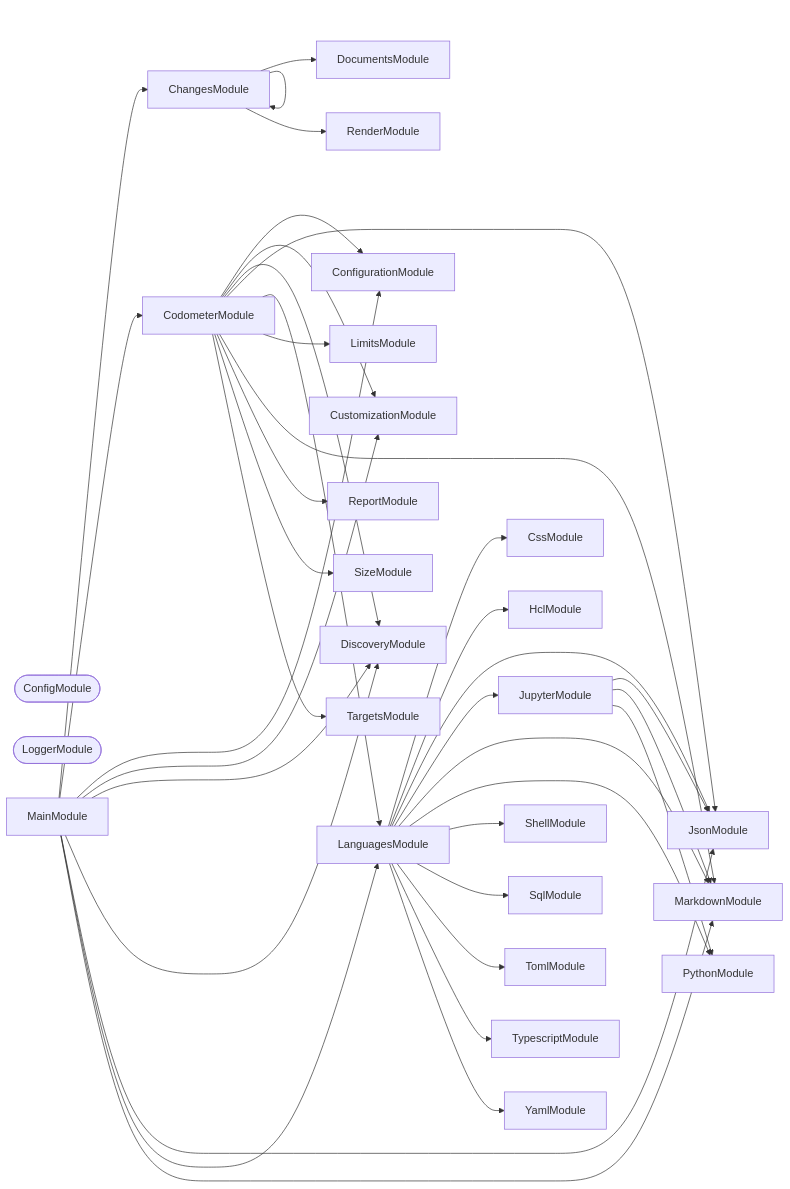
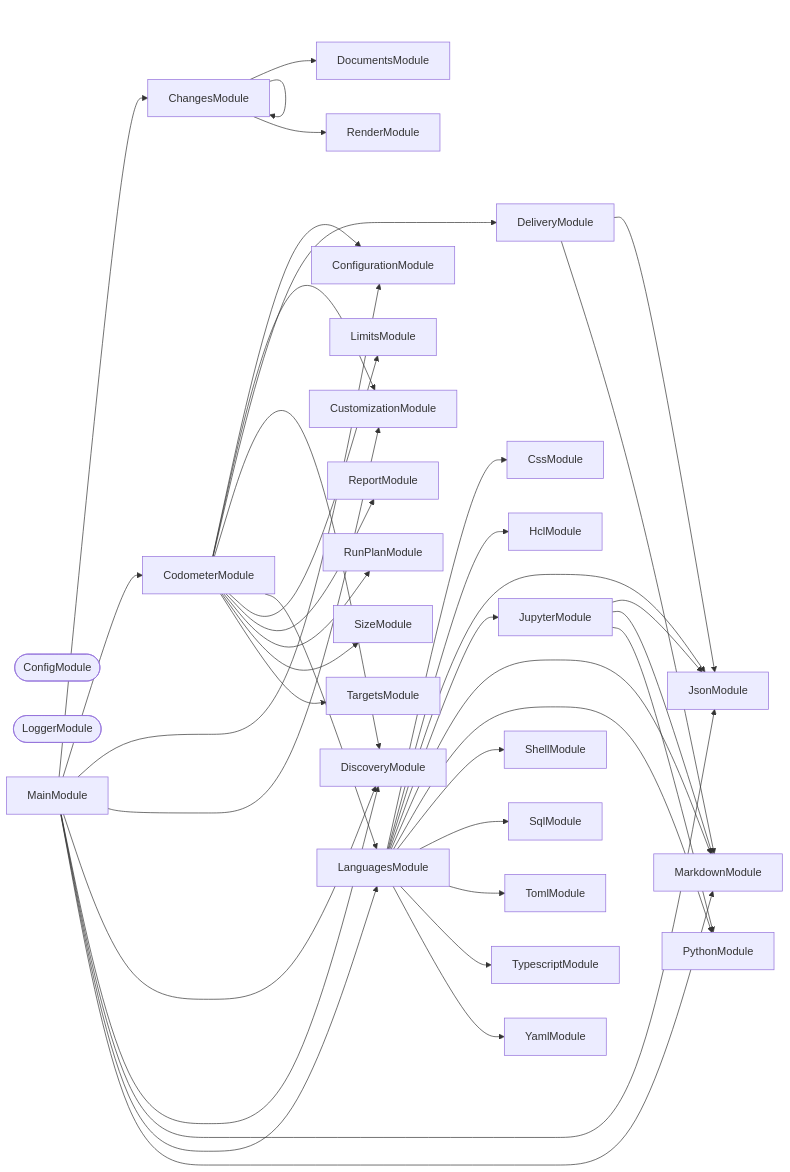
The second of 3 diagrams in packages/codometer-cli/README.md (JimmyPaolini/codebase), drawn with Mermaid before and after one commit. The commit also changed other lines of this file and 8 other files, not shown here.

````diff
--- a/packages/codometer-cli/README.md
+++ b/packages/codometer-cli/README.md
@@ -745,65 +750,69 @@
 ```mermaid
 flowchart LR
   ChangesModule
   CodometerModule
   ConfigModule([ConfigModule])
   ConfigurationModule
   CssModule
   CustomizationModule
+  DeliveryModule
   DiscoveryModule
   DocumentsModule
   HclModule
   JsonModule
   JupyterModule
   LanguagesModule
   LimitsModule
   LoggerModule([LoggerModule])
   MainModule
   MarkdownModule
   PythonModule
   RenderModule
   ReportModule
+  RunPlanModule
   ShellModule
   SizeModule
   SqlModule
   TargetsModule
   TomlModule
   TypescriptModule
   YamlModule
   ChangesModule --> ChangesModule
   ChangesModule --> DocumentsModule
   ChangesModule --> RenderModule
   CodometerModule --> ConfigurationModule
   CodometerModule --> CustomizationModule
+  CodometerModule --> DeliveryModule
   CodometerModule --> DiscoveryModule
-  CodometerModule --> JsonModule
   CodometerModule --> LanguagesModule
   CodometerModule --> LimitsModule
-  CodometerModule --> MarkdownModule
   CodometerModule --> ReportModule
+  CodometerModule --> RunPlanModule
   CodometerModule --> SizeModule
   CodometerModule --> TargetsModule
+  DeliveryModule --> JsonModule
+  DeliveryModule --> MarkdownModule
   JupyterModule --> JsonModule
   JupyterModule --> MarkdownModule
   JupyterModule --> PythonModule
   LanguagesModule --> CssModule
   LanguagesModule --> HclModule
   LanguagesModule --> JsonModule
   LanguagesModule --> JupyterModule
   LanguagesModule --> MarkdownModule
   LanguagesModule --> PythonModule
   LanguagesModule --> ShellModule
   LanguagesModule --> SqlModule
   LanguagesModule --> TomlModule
   LanguagesModule --> TypescriptModule
   LanguagesModule --> YamlModule
   MainModule --> ChangesModule
   MainModule --> CodometerModule
   MainModule --> ConfigurationModule
   MainModule --> CustomizationModule
   MainModule --> DiscoveryModule
   MainModule --> DiscoveryModule
   MainModule --> JsonModule
   MainModule --> LanguagesModule
   MainModule --> MarkdownModule
 ```
````
